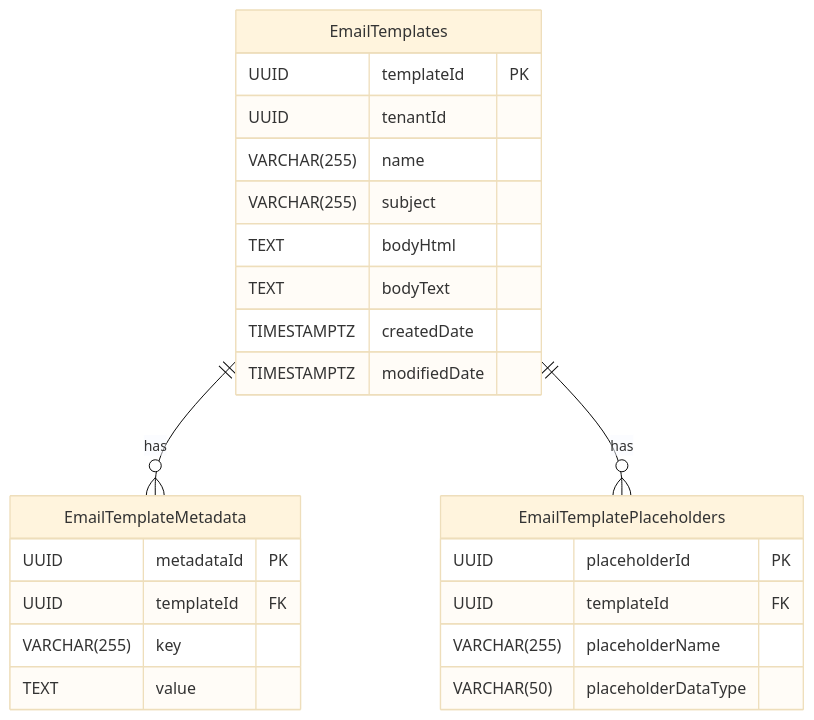
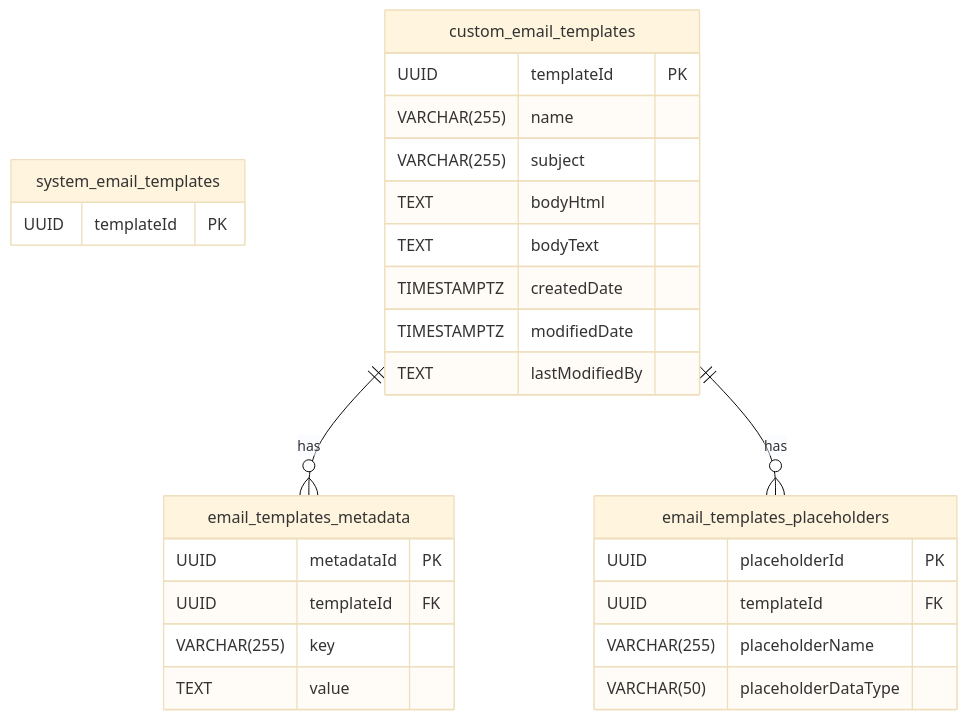
One commit to rasmusulriksen/BachelorsProject changed the first of 4 diagrams in Diagrams/ERDiagrams.md. Above: the diagram before and after it, drawn with Mermaid (base theme). The commit also changed other lines of this file and 2 other files, not shown here.

````diff
--- a/Diagrams/ERDiagrams.md
+++ b/Diagrams/ERDiagrams.md
@@ -4,31 +7,36 @@
 ```mermaid
 erDiagram
 
-    EmailTemplates {
+    system_email_templates {
         UUID templateId PK
-        UUID tenantId
+
+    }
+
+    custom_email_templates {
+        UUID templateId PK
         VARCHAR(255) name
         VARCHAR(255) subject
         TEXT bodyHtml
         TEXT bodyText
         TIMESTAMPTZ createdDate
         TIMESTAMPTZ modifiedDate
+        TEXT lastModifiedBy
     }
 
-    EmailTemplateMetadata {
+    email_templates_metadata {
         UUID metadataId PK
         UUID templateId FK
         VARCHAR(255) key
         TEXT value
     }
 
-    EmailTemplatePlaceholders {
+    email_templates_placeholders {
         UUID placeholderId PK
         UUID templateId FK
         VARCHAR(255) placeholderName
         VARCHAR(50) placeholderDataType
     }
 
-    EmailTemplates ||--o{ EmailTemplateMetadata: "has"
-    EmailTemplates ||--o{ EmailTemplatePlaceholders: "has"
+    custom_email_templates ||--o{ email_templates_metadata: "has"
+    custom_email_templates ||--o{ email_templates_placeholders: "has"
 ```
````
